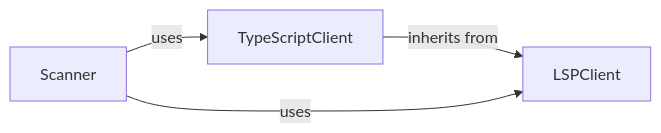
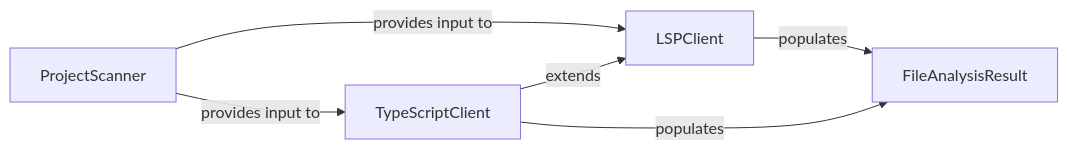
Before and after one commit to mariyam866/CodeBoarding: the eighth of 8 diagrams in docs/development/architecture.md, drawn with Mermaid. The commit also changed other lines of this file and 25 other files, not shown here.

First line of the commit message:
docs: update codeboarding documentation and generate architecture

````diff
--- a/docs/development/architecture.md
+++ b/docs/development/architecture.md
@@ -336,9 +566,12 @@
 ```mermaid
 graph LR
+    ProjectScanner["ProjectScanner"]
     LSPClient["LSPClient"]
     TypeScriptClient["TypeScriptClient"]
-    Scanner["Scanner"]
-    TypeScriptClient -- "inherits from" --> LSPClient
-    Scanner -- "uses" --> TypeScriptClient
-    Scanner -- "uses" --> LSPClient
+    FileAnalysisResult["FileAnalysisResult"]
+    ProjectScanner -- "provides input to" --> LSPClient
+    ProjectScanner -- "provides input to" --> TypeScriptClient
+    LSPClient -- "populates" --> FileAnalysisResult
+    TypeScriptClient -- "extends" --> LSPClient
+    TypeScriptClient -- "populates" --> FileAnalysisResult
 ```
````
